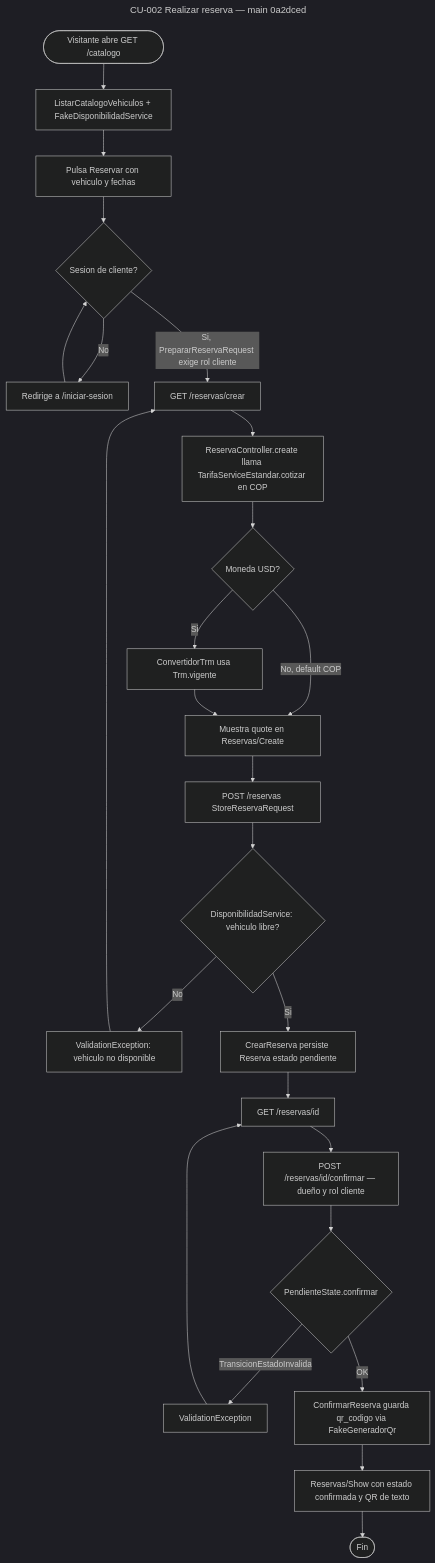
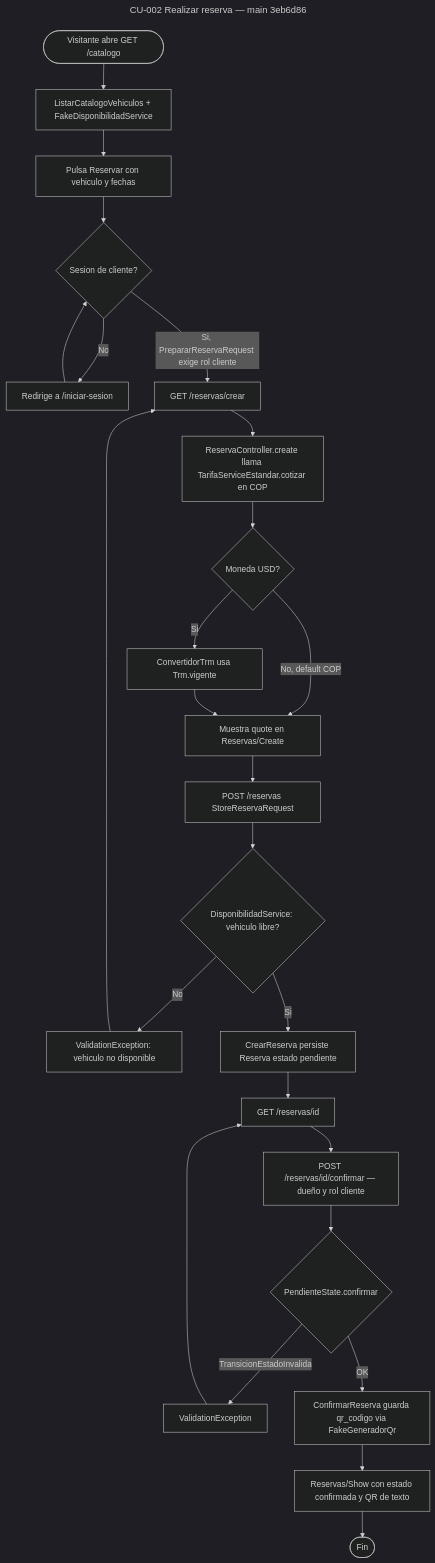
One commit to molxno/renta-vehiculos changed the diagram in docs/entrega-2/diagramas/actividad-cu002-realizar-reserva.mmd. Above: the diagram before and after it, drawn with Mermaid (dark theme). The commit also changed 8 other files, not shown here.

First line of the commit message:
Diagramas Entrega 2 (.mmd) (#65)

```diff
--- a/docs/entrega-2/diagramas/actividad-cu002-realizar-reserva.mmd
+++ b/docs/entrega-2/diagramas/actividad-cu002-realizar-reserva.mmd
@@ -1,28 +1,28 @@
 ---
-title: CU-002 Realizar reserva — main 0a2dced
+title: CU-002 Realizar reserva — main 3eb6d86
 ---
 flowchart TD
     start([Visitante abre GET /catalogo]) --> listar[ListarCatalogoVehiculos + FakeDisponibilidadService]
     listar --> elegir[Pulsa Reservar con vehiculo y fechas]
     elegir --> auth{Sesion de cliente?}
     auth -->|No| login[Redirige a /iniciar-sesion]
     login --> auth
     auth -->|Si, PrepararReservaRequest exige rol cliente| create[GET /reservas/crear]
     create --> cotizar[ReservaController.create llama TarifaServiceEstandar.cotizar en COP]
     cotizar --> usd{Moneda USD?}
     usd -->|Si| trm[ConvertidorTrm usa Trm.vigente]
     usd -->|No, default COP| form
     trm --> form[Muestra quote en Reservas/Create]
     form --> post[POST /reservas StoreReservaRequest]
     post --> disp{DisponibilidadService: vehiculo libre?}
     disp -->|No| errorDisp[ValidationException: vehiculo no disponible]
     errorDisp --> create
     disp -->|Si| crear[CrearReserva persiste Reserva estado pendiente]
     crear --> show[GET /reservas/id]
     show --> confirmar[POST /reservas/id/confirmar — dueño y rol cliente]
     confirmar --> state{PendienteState.confirmar}
     state -->|TransicionEstadoInvalida| errorEstado[ValidationException]
     errorEstado --> show
     state -->|OK| qr[ConfirmarReserva guarda qr_codigo via FakeGeneradorQr]
     qr --> showOk[Reservas/Show con estado confirmada y QR de texto]
     showOk --> fin([Fin])
```
